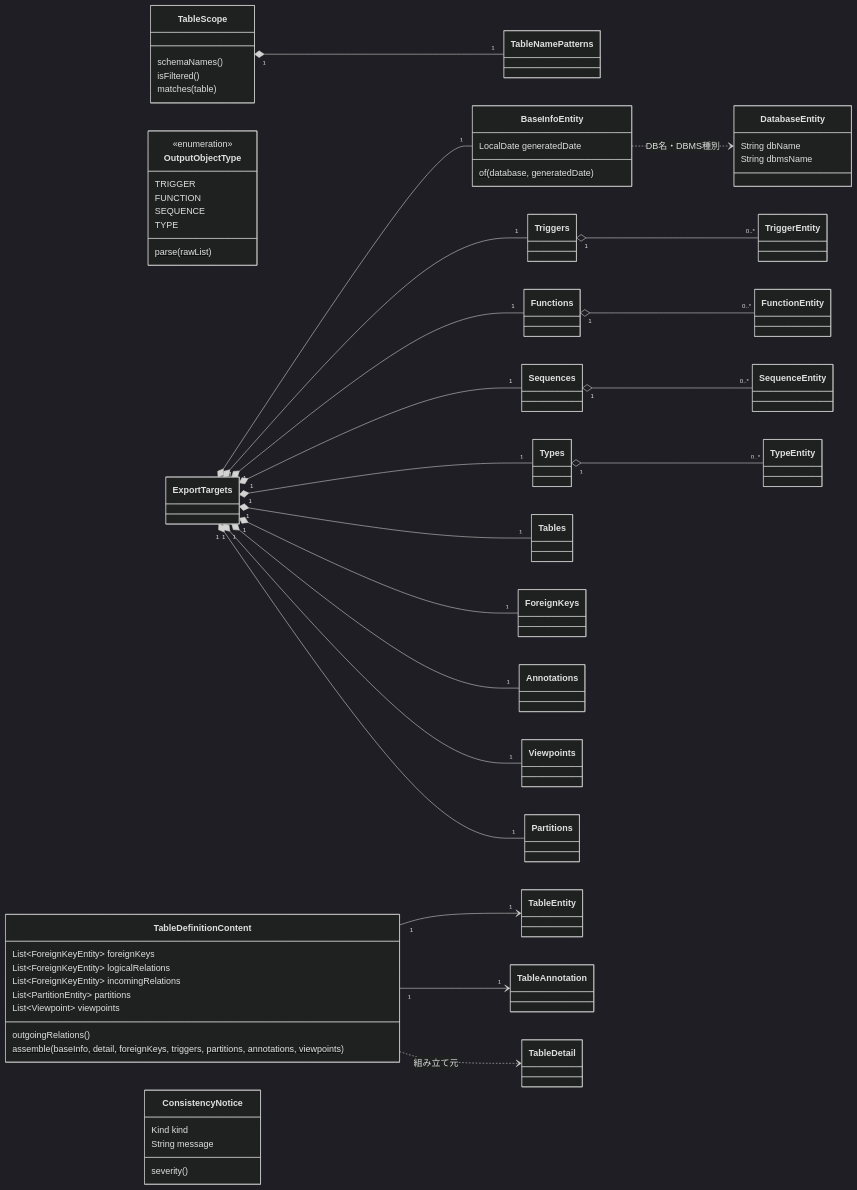
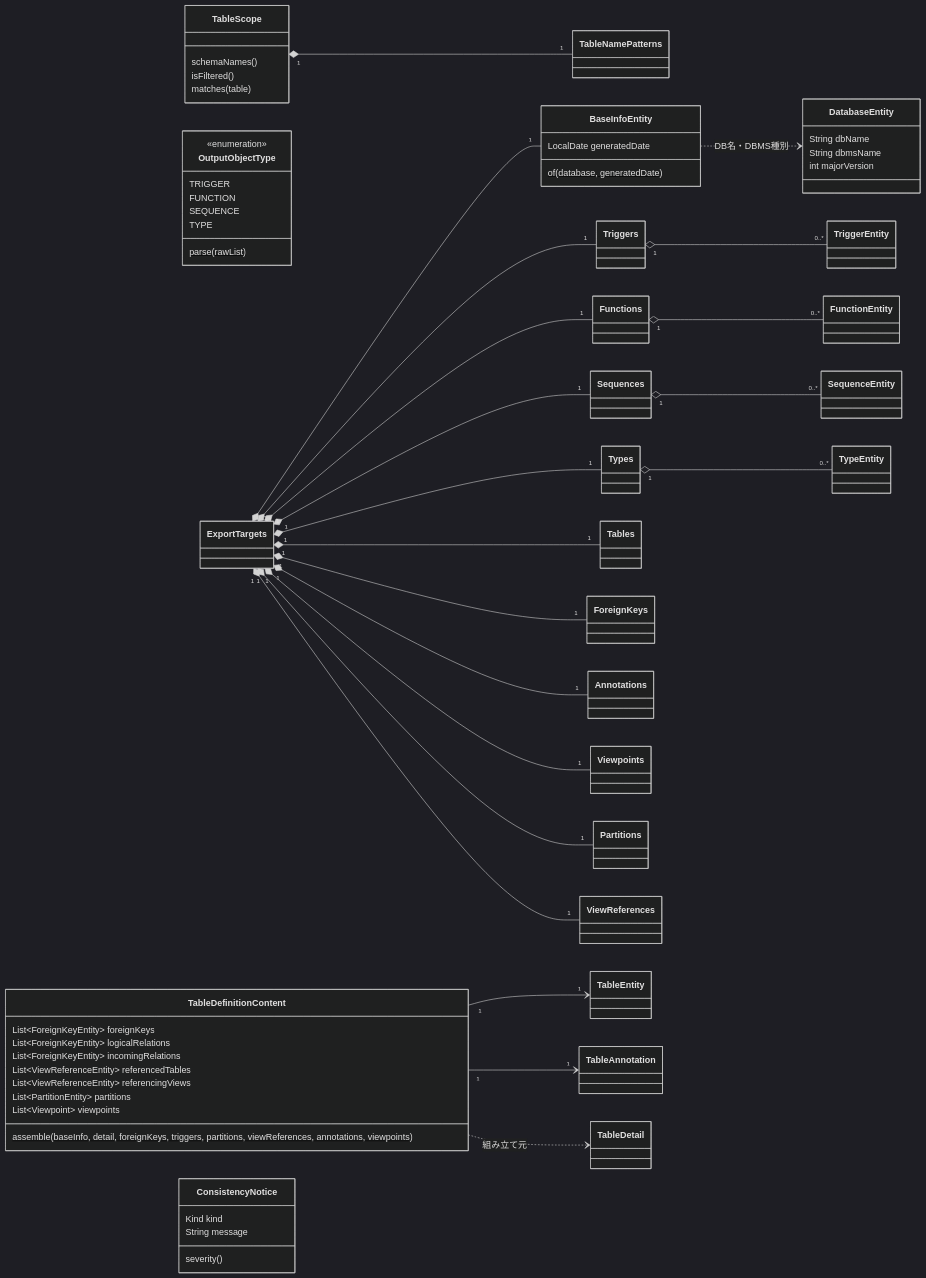
The fifth of 5 diagrams in docs/architecture/domain-model.md (ebichan88/exportTableDefinition), drawn with Mermaid (dark theme) before and after one commit. The commit also changed other lines of this file and 151 other files, not shown here.

First line of the commit message:
ビューが参照するテーブル・DBのメジャーバージョン・テーブル定義書のER図の描画距離を出力する

````diff
--- a/docs/architecture/domain-model.md
+++ b/docs/architecture/domain-model.md
@@ -284,65 +313,68 @@
 ```mermaid
 classDiagram
   direction LR
   class TableScope {
     schemaNames()
     isFiltered()
     matches(table)
   }
   class TableNamePatterns
   class OutputObjectType {
     <<enumeration>>
     TRIGGER
     FUNCTION
     SEQUENCE
     TYPE
     parse(rawList)$
   }
   class ExportTargets
   class Triggers
   class Functions
   class Sequences
   class Types
   class TableDefinitionContent {
     List~ForeignKeyEntity~ foreignKeys
     List~ForeignKeyEntity~ logicalRelations
     List~ForeignKeyEntity~ incomingRelations
+    List~ViewReferenceEntity~ referencedTables
+    List~ViewReferenceEntity~ referencingViews
     List~PartitionEntity~ partitions
     List~Viewpoint~ viewpoints
-    outgoingRelations()
-    assemble(baseInfo, detail, foreignKeys, triggers, partitions, annotations, viewpoints)$
+    assemble(baseInfo, detail, foreignKeys, triggers, partitions, viewReferences, annotations, viewpoints)$
   }
   class BaseInfoEntity {
     LocalDate generatedDate
     of(database, generatedDate)$
   }
   class DatabaseEntity {
     String dbName
     String dbmsName
+    int majorVersion
   }
   class ConsistencyNotice {
     Kind kind
     String message
     severity()
   }
 
   TableScope "1" *-- "1" TableNamePatterns
   ExportTargets "1" *-- "1" BaseInfoEntity
   ExportTargets "1" *-- "1" Tables
   ExportTargets "1" *-- "1" ForeignKeys
   ExportTargets "1" *-- "1" Annotations
   ExportTargets "1" *-- "1" Viewpoints
   ExportTargets "1" *-- "1" Triggers
   ExportTargets "1" *-- "1" Partitions
+  ExportTargets "1" *-- "1" ViewReferences
   ExportTargets "1" *-- "1" Functions
   ExportTargets "1" *-- "1" Sequences
   ExportTargets "1" *-- "1" Types
   Triggers "1" o-- "0..*" TriggerEntity
   Functions "1" o-- "0..*" FunctionEntity
   Sequences "1" o-- "0..*" SequenceEntity
   Types "1" o-- "0..*" TypeEntity
   BaseInfoEntity ..> DatabaseEntity : DB名・DBMS種別
   TableDefinitionContent "1" --> "1" TableEntity
   TableDefinitionContent "1" --> "1" TableAnnotation
   TableDefinitionContent ..> TableDetail : 組み立て元
 ```
````
